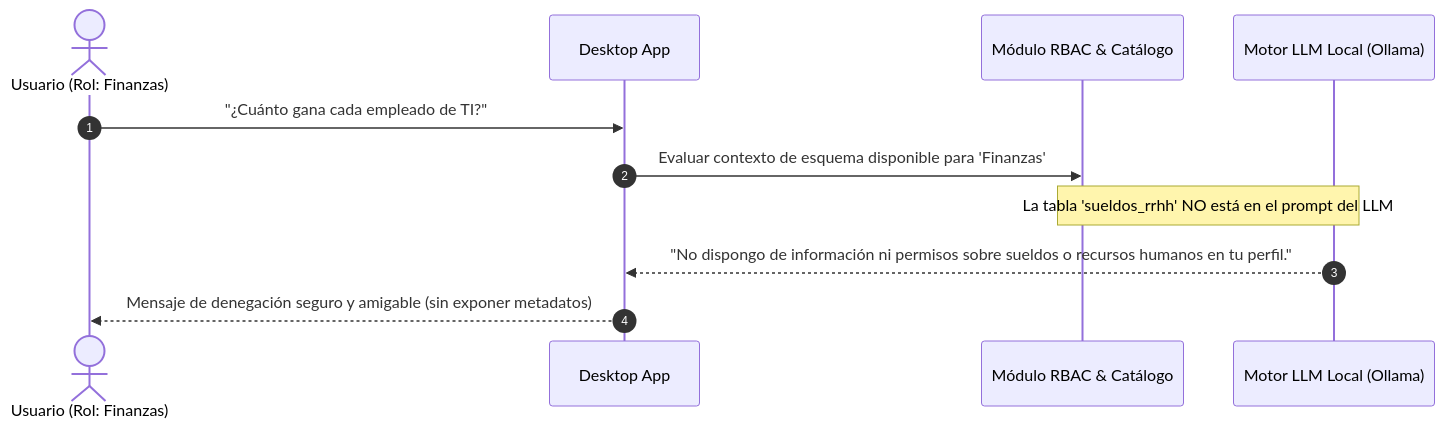
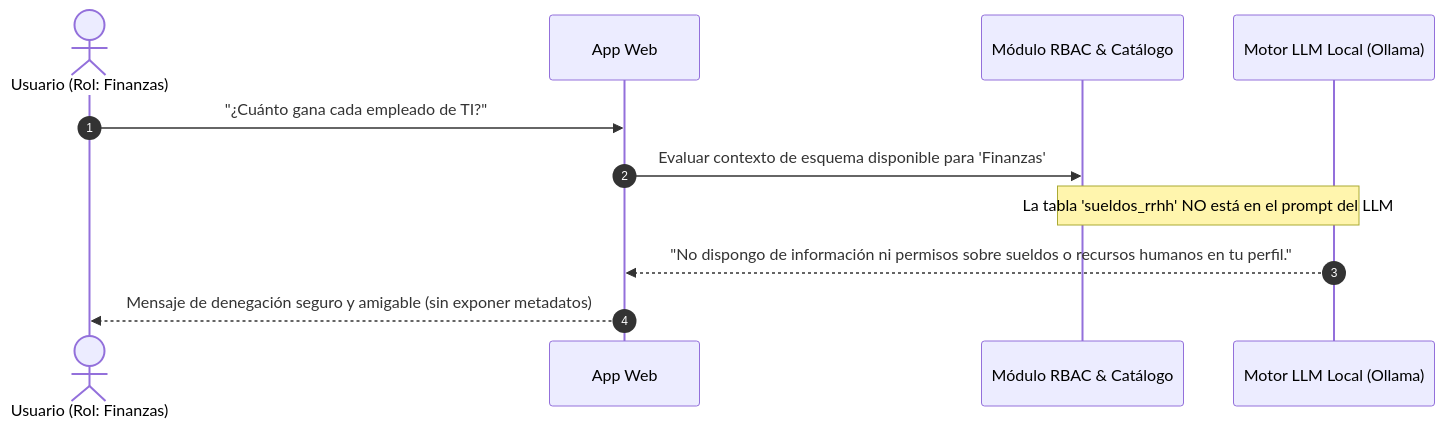
One commit to JuUrrutia/Dat.ia changed the second of 2 diagrams in DOCS/01_VISION_Y_ALCANCE.md. Above: the diagram before and after it, drawn with Mermaid. The commit also changed other lines of this file and 11 other files, not shown here.

````diff
--- a/DOCS/01_VISION_Y_ALCANCE.md
+++ b/DOCS/01_VISION_Y_ALCANCE.md
@@ -98,14 +100,14 @@
 ```mermaid
 sequenceDiagram
     autonumber
     actor U as Usuario (Rol: Finanzas)
-    participant UI as Desktop App
+    participant UI as App Web
     participant RBAC as Módulo RBAC & Catálogo
     participant LLM as Motor LLM Local (Ollama)
 
     U->>UI: "¿Cuánto gana cada empleado de TI?"
     UI->>RBAC: Evaluar contexto de esquema disponible para 'Finanzas'
     Note over RBAC,LLM: La tabla 'sueldos_rrhh' NO está en el prompt del LLM
     LLM-->>UI: "No dispongo de información ni permisos sobre sueldos o recursos humanos en tu perfil."
     UI-->>U: Mensaje de denegación seguro y amigable (sin exponer metadatos)
 ```
````
